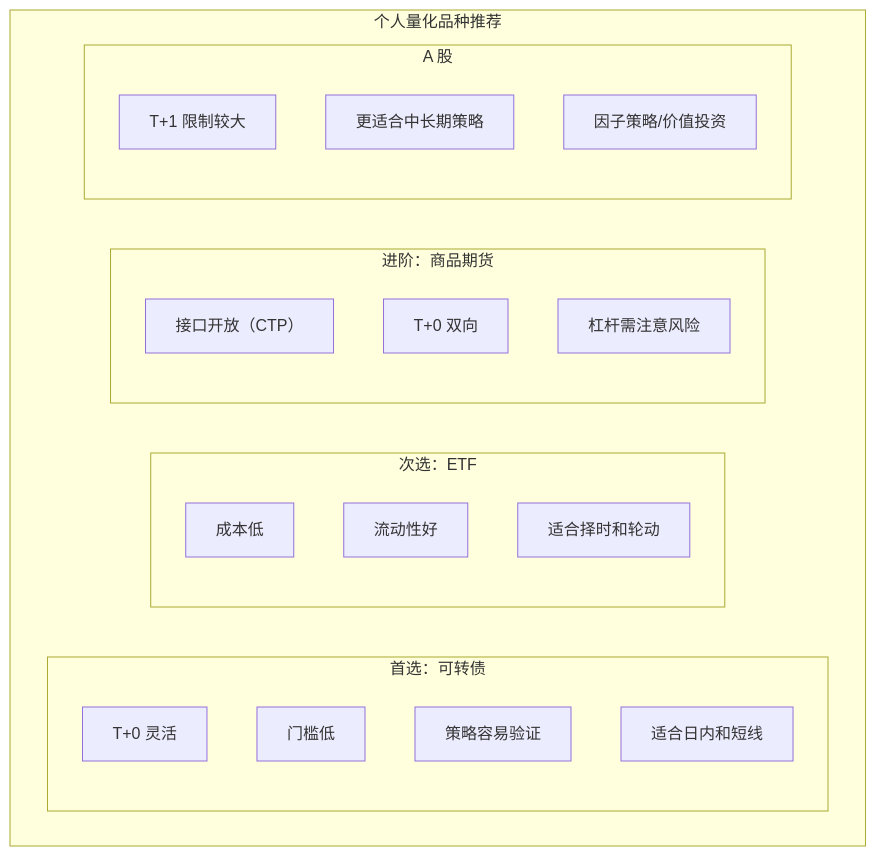
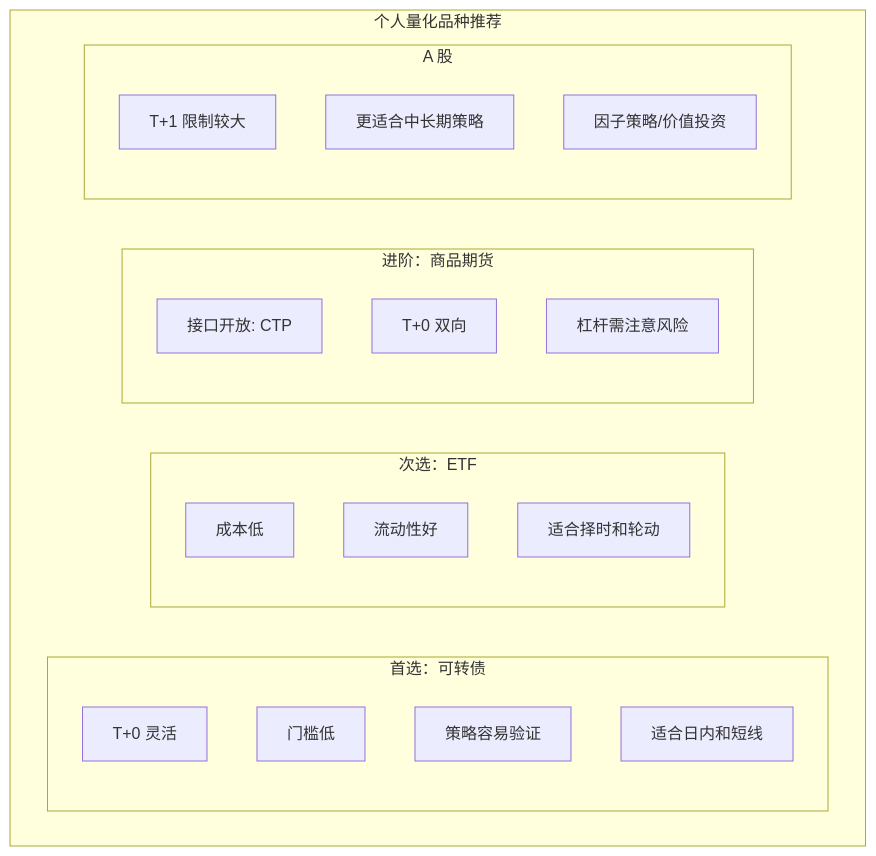
Before and after one commit to jpixy/jpixy.github.io: diagram 12 of 13 in content/articles/quant/quant-03-中国大陆量化交易接口与数据.md, drawn with Mermaid. The commit also changed other lines of this file and 66 other files, not shown here.

Commit message:
fix: resolve Mermaid syntax errors by removing parentheses in node labels

````diff
--- a/content/articles/quant/quant-03-中国大陆量化交易接口与数据.md
+++ b/content/articles/quant/quant-03-中国大陆量化交易接口与数据.md
@@ -443,26 +443,26 @@
 ```mermaid
 graph TB
     subgraph 品种推荐["个人量化品种推荐"]
         subgraph 首选["首选：可转债"]
             S1["T+0 灵活"]
             S2["门槛低"]
             S3["策略容易验证"]
             S4["适合日内和短线"]
         end
         subgraph 次选["次选：ETF"]
             C1["成本低"]
             C2["流动性好"]
             C3["适合择时和轮动"]
         end
         subgraph 进阶["进阶：商品期货"]
-            J1["接口开放（CTP）"]
+            J1["接口开放: CTP"]
             J2["T+0 双向"]
             J3["杠杆需注意风险"]
         end
         subgraph A股["A 股"]
             A1["T+1 限制较大"]
             A2["更适合中长期策略"]
             A3["因子策略/价值投资"]
         end
     end
 ```
````
